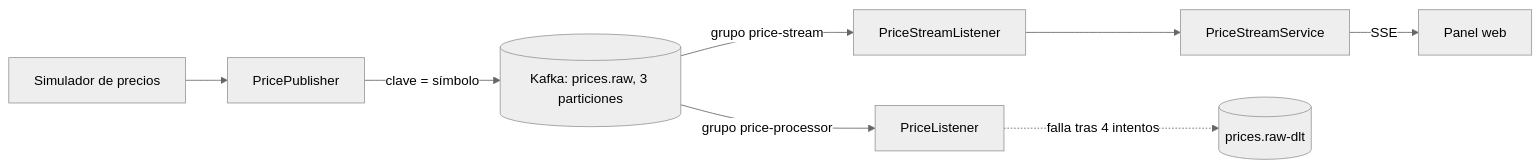
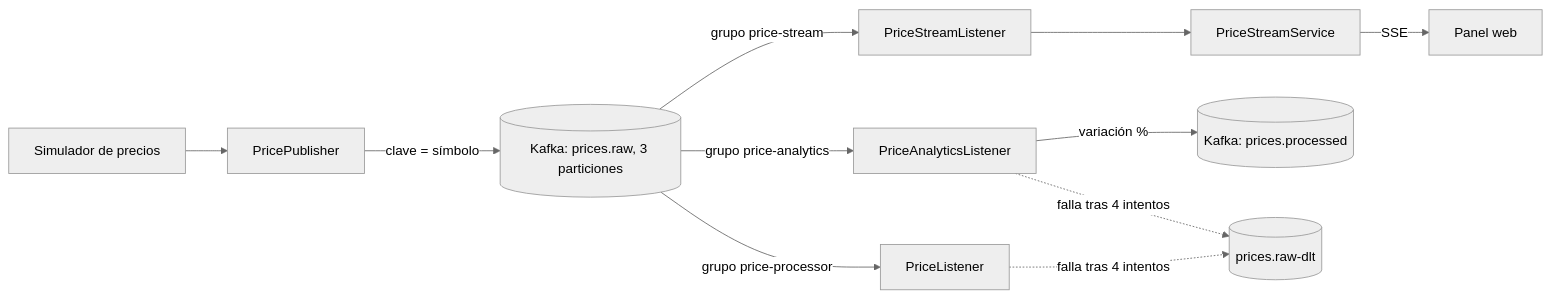
One commit to CRISHFAS/crypto-price-tracker changed the diagram in README.md. Above: the diagram before and after it, drawn with Mermaid (neutral theme). The commit also changed other lines of this file, not shown here.

Commit message:
docs: README con el procesador de variaciones, sus límites y el problema del corte de Kafka

````diff
--- a/README.md
+++ b/README.md
@@ -9,10 +9,13 @@
 ```mermaid
 flowchart LR
   S[Simulador de precios] --> P[PricePublisher]
   P -->|clave = símbolo| K[(Kafka: prices.raw, 3 particiones)]
   K -->|grupo price-processor| L[PriceListener]
   K -->|grupo price-stream| SL[PriceStreamListener]
   SL --> SV[PriceStreamService]
   SV -->|SSE| B[Panel web]
+  K -->|grupo price-analytics| A[PriceAnalyticsListener]
+  A -->|variación %| PP[(Kafka: prices.processed)]
   L -. falla tras 4 intentos .-> D[(prices.raw-dlt)]
+  A -. falla tras 4 intentos .-> D
 ```
````
